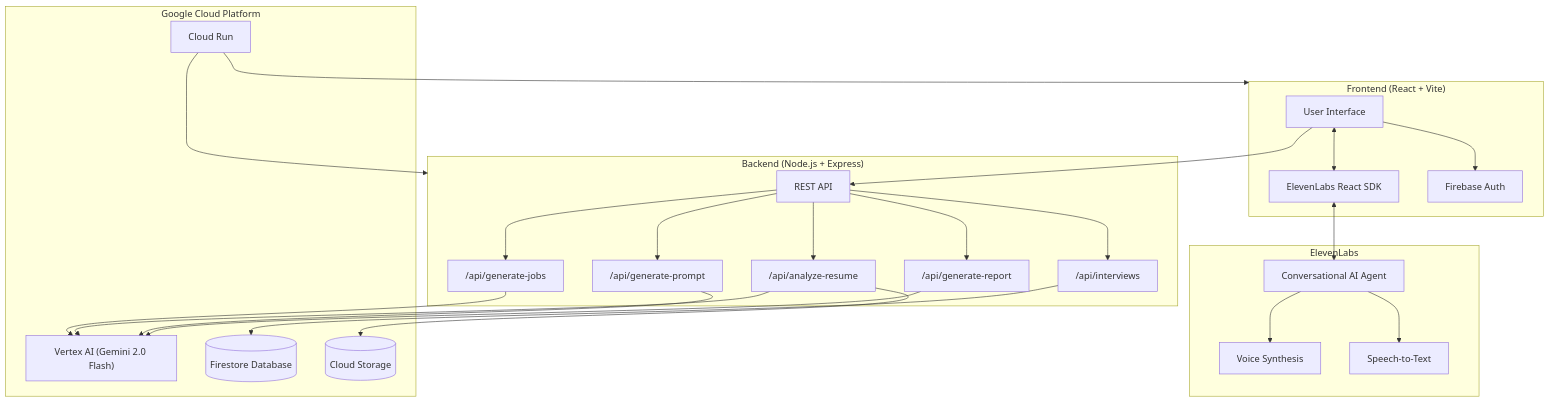
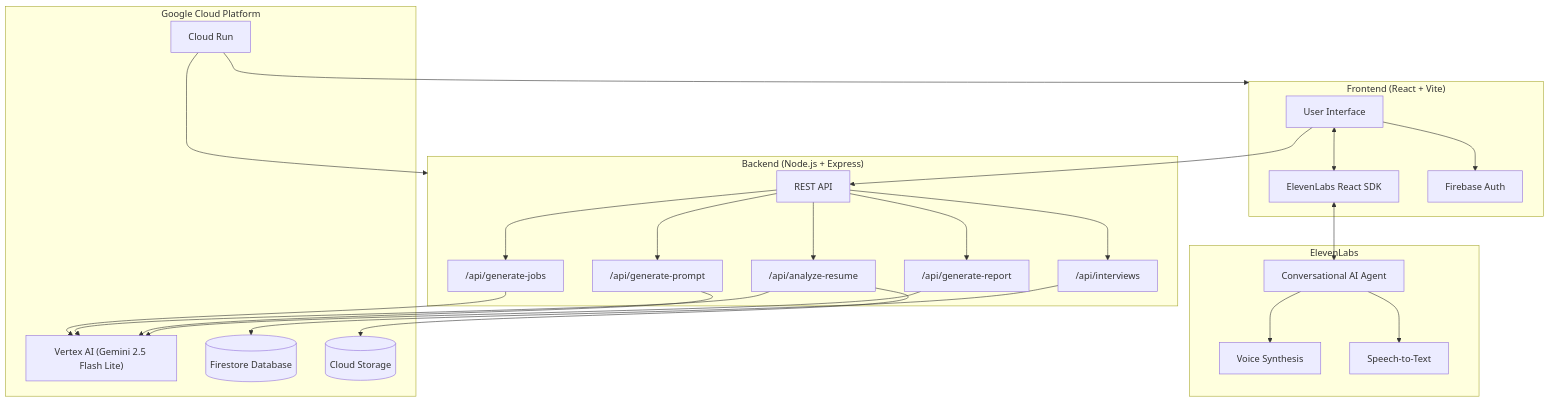
One commit to excel-asaph/sparr-ai changed the first of 2 diagrams in README.md. Above: the diagram before and after it, drawn with Mermaid. The commit also changed other lines of this file, not shown here.

````diff
--- a/README.md
+++ b/README.md
@@ -223,47 +223,47 @@
 ```mermaid
 flowchart TB
     subgraph Frontend["Frontend (React + Vite)"]
         UI[User Interface]
         EL_SDK["ElevenLabs React SDK"]
         Auth[Firebase Auth]
     end
 
     subgraph Backend["Backend (Node.js + Express)"]
         API[REST API]
         Jobs["/api/generate-jobs"]
         Resume["/api/analyze-resume"]
         Prompt["/api/generate-prompt"]
         Report["/api/generate-report"]
         CRUD["/api/interviews"]
     end
 
     subgraph GCP["Google Cloud Platform"]
-        Gemini["Vertex AI (Gemini 2.0 Flash)"]
+        Gemini["Vertex AI (Gemini 2.5 Flash Lite)"]
         Firestore[(Firestore Database)]
         Storage[(Cloud Storage)]
         CloudRun["Cloud Run"]
     end
 
     subgraph ElevenLabs["ElevenLabs"]
         Agent["Conversational AI Agent"]
         TTS["Voice Synthesis"]
         STT["Speech-to-Text"]
     end
 
     UI --> Auth
     UI --> API
     UI <--> EL_SDK
     EL_SDK <--> Agent
     Agent --> TTS
     Agent --> STT
 
     API --> Jobs --> Gemini
     API --> Resume --> Gemini
     API --> Prompt --> Gemini
     API --> Report --> Gemini
     API --> CRUD --> Firestore
     Resume --> Storage
 
     CloudRun --> Frontend
     CloudRun --> Backend
 ```
````
